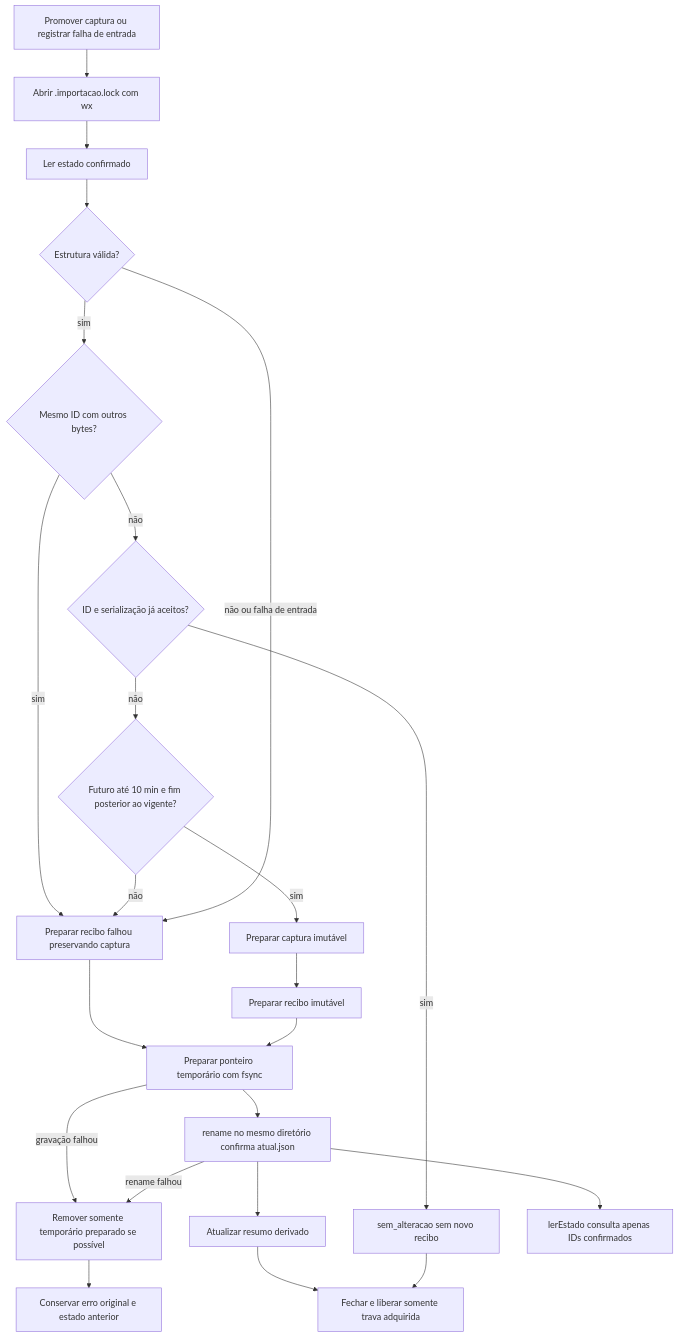
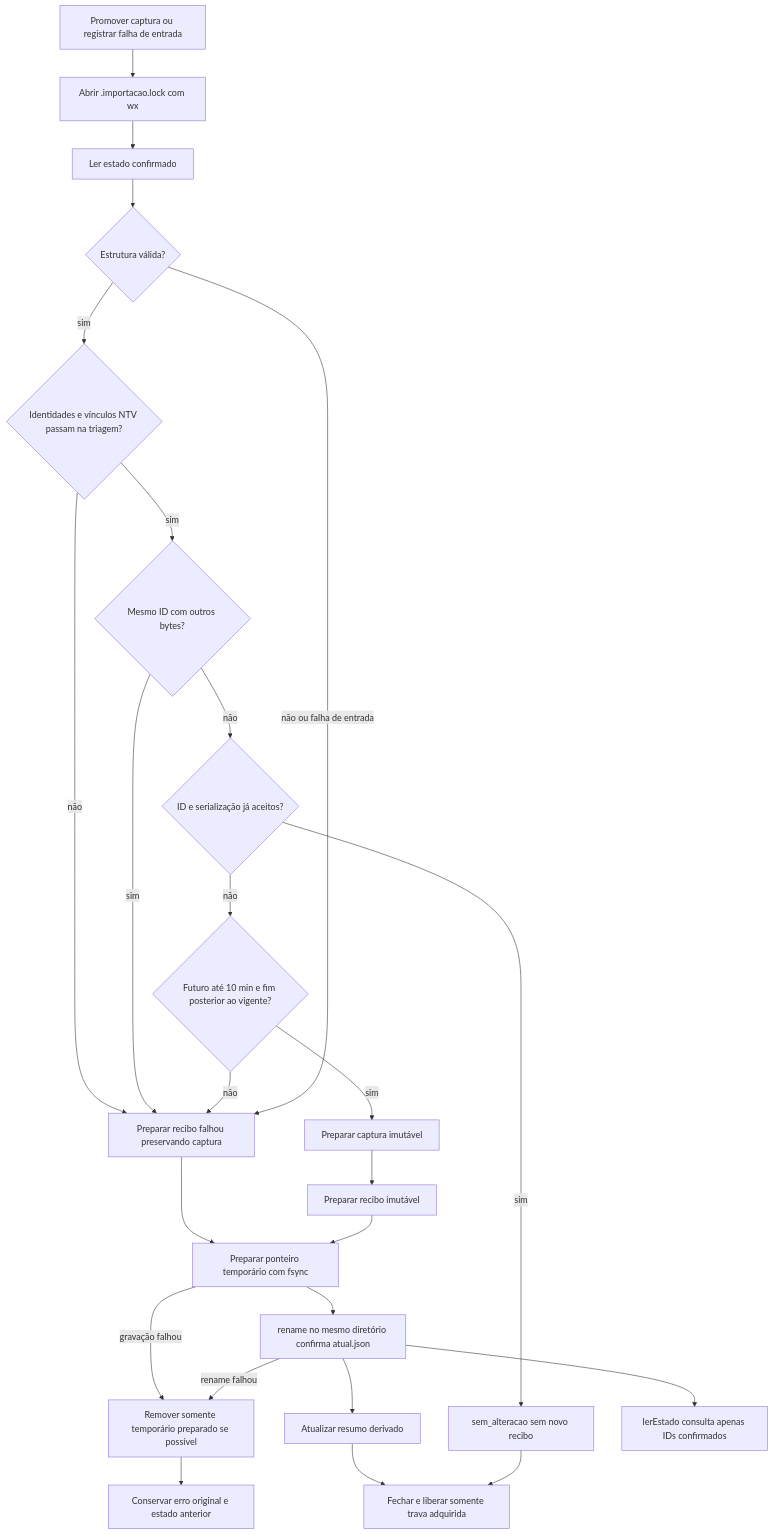
The diagram in docs/modules/snapshot.md (Browsher/crm-social), drawn with Mermaid before and after one commit. The commit also changed other lines of this file and 21 other files, not shown here.

Commit message:
fix: validar identidades antes de promover capturas

````diff
--- a/docs/modules/snapshot.md
+++ b/docs/modules/snapshot.md
@@ -36,25 +36,27 @@
 ```mermaid
 flowchart TD
   Entrada[Promover captura ou registrar falha de entrada] --> Trava["Abrir .importacao.lock com wx"]
   Trava --> Estado[Ler estado confirmado]
   Estado --> Validar{Estrutura válida?}
-  Validar -->|sim| Conflito{Mesmo ID com outros bytes?}
+  Validar -->|sim| Identidades{Identidades e vínculos NTV passam na triagem?}
+  Identidades -->|não| Falha
+  Identidades -->|sim| Conflito{Mesmo ID com outros bytes?}
   Conflito -->|sim| Falha
   Conflito -->|não| Repetida{ID e serialização já aceitos?}
   Repetida -->|sim| NoOp[sem_alteracao sem novo recibo]
   Repetida -->|não| Tempo{Futuro até 10 min e fim posterior ao vigente?}
   Tempo -->|não| Falha
   Tempo -->|sim| Arquivo[Preparar captura imutável]
   Arquivo --> Recibo[Preparar recibo imutável]
   Validar -->|não ou falha de entrada| Falha[Preparar recibo falhou preservando captura]
   Falha --> Temporario[Preparar ponteiro temporário com fsync]
   Recibo --> Temporario
   Temporario --> Rename[rename no mesmo diretório confirma atual.json]
   Temporario -->|gravação falhou| Limpeza[Remover somente temporário preparado se possível]
   Rename -->|rename falhou| Limpeza
   Limpeza --> Original[Conservar erro original e estado anterior]
   Rename --> Cache[Atualizar resumo derivado]
   Cache --> Liberar[Fechar e liberar somente trava adquirida]
   NoOp --> Liberar
   Rename --> Leitor[lerEstado consulta apenas IDs confirmados]
 ```
````
